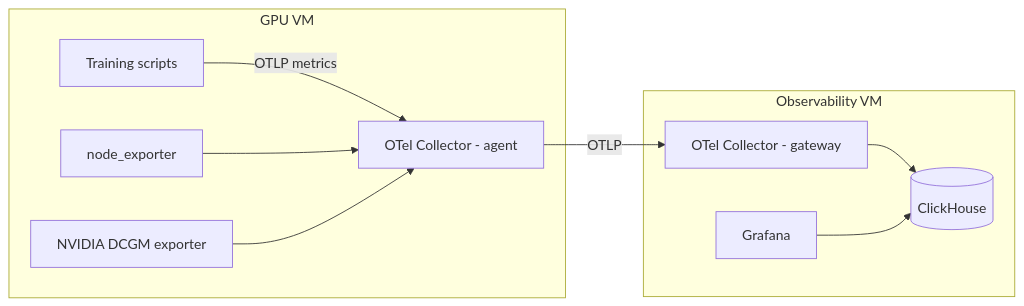
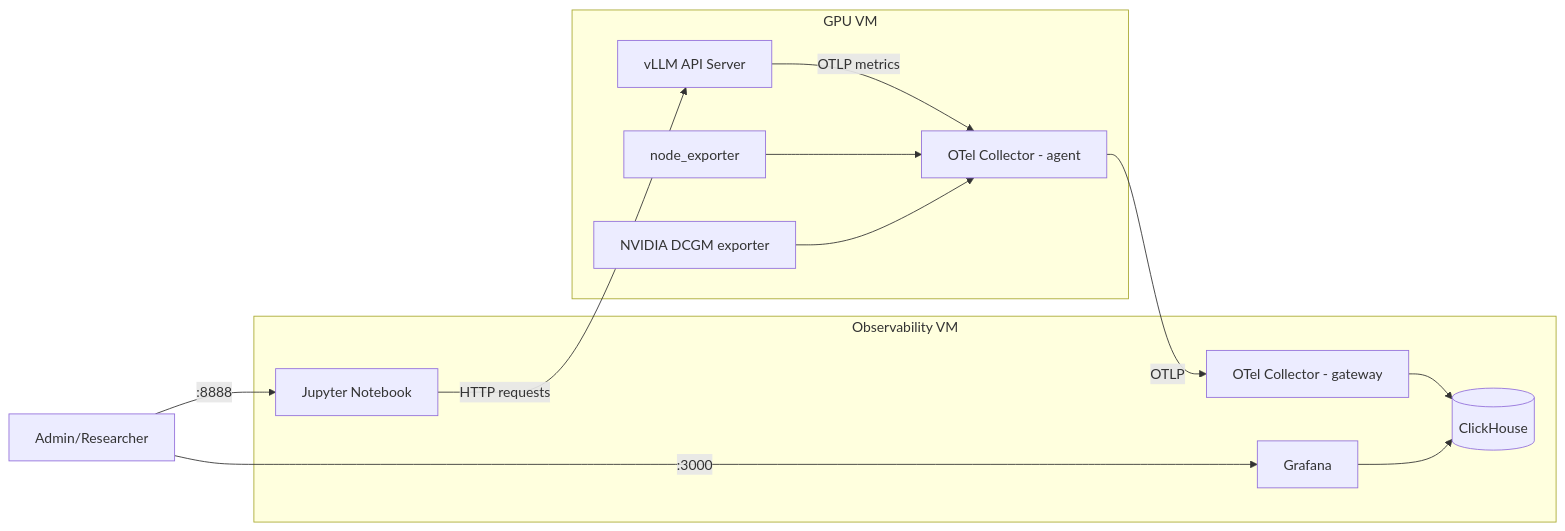
One commit to akrisanov/llm-serving-lab changed the diagram in obs/README.md. Above: the diagram before and after it, drawn with Mermaid. The commit also changed other lines of this file and 10 other files, not shown here.

First line of the commit message:
feat: integrate Jupyter Notebook into OBS VM architecture

````diff
--- a/obs/README.md
+++ b/obs/README.md
@@ -17,22 +25,26 @@
 ```mermaid
 flowchart LR
   subgraph gpu_vm["GPU VM"]
-    app[Training scripts]
+    vllm[vLLM API Server]
     nodeexp[node_exporter]
     dcgm[NVIDIA DCGM exporter]
     agent[OTel Collector - agent]
-    app -->|OTLP metrics| agent
+    vllm -->|OTLP metrics| agent
     nodeexp --> agent
     dcgm --> agent
   end
 
   subgraph obs_vm["Observability VM"]
     gateway[OTel Collector - gateway]
     ch[(ClickHouse)]
     gf[Grafana]
+    jupyter[Jupyter Notebook]
   end
 
+  admin[Admin/Researcher] -->|:8888| jupyter
+  admin -->|:3000| gf
+  jupyter -->|HTTP requests| vllm
   agent -->|OTLP| gateway
   gateway --> ch
   gf --> ch
 ```
````
